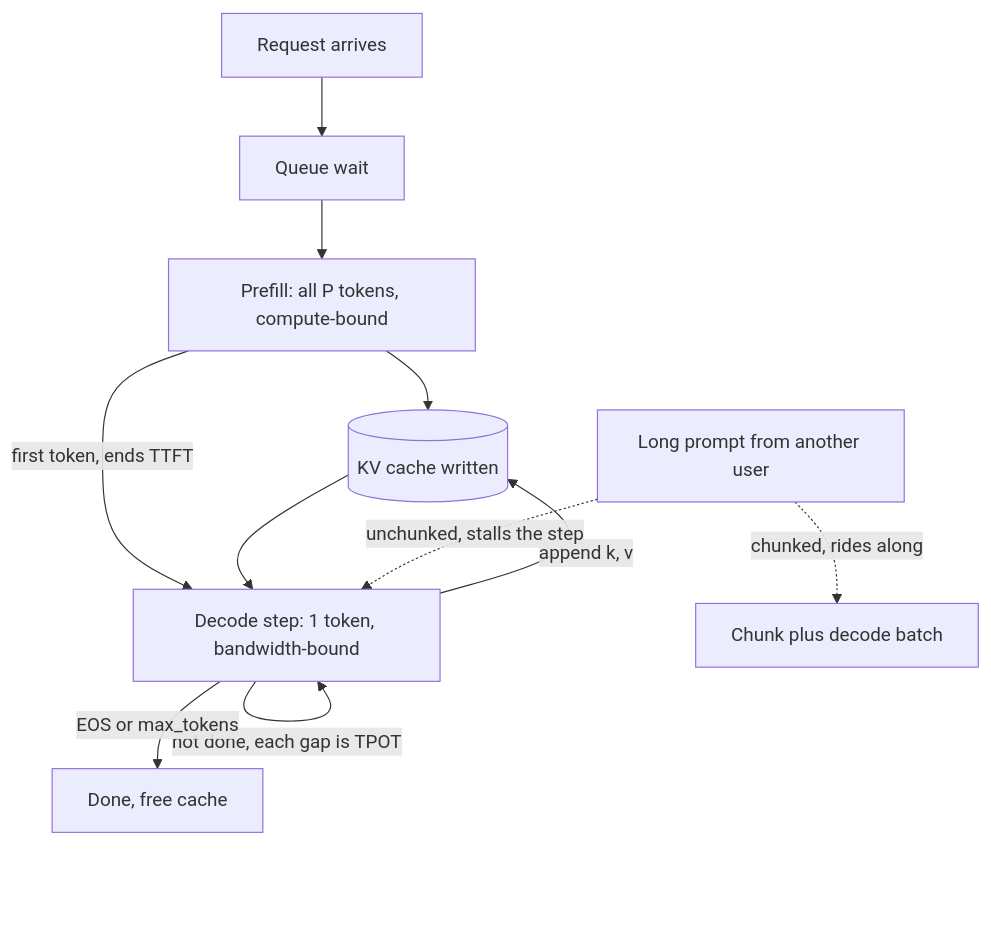
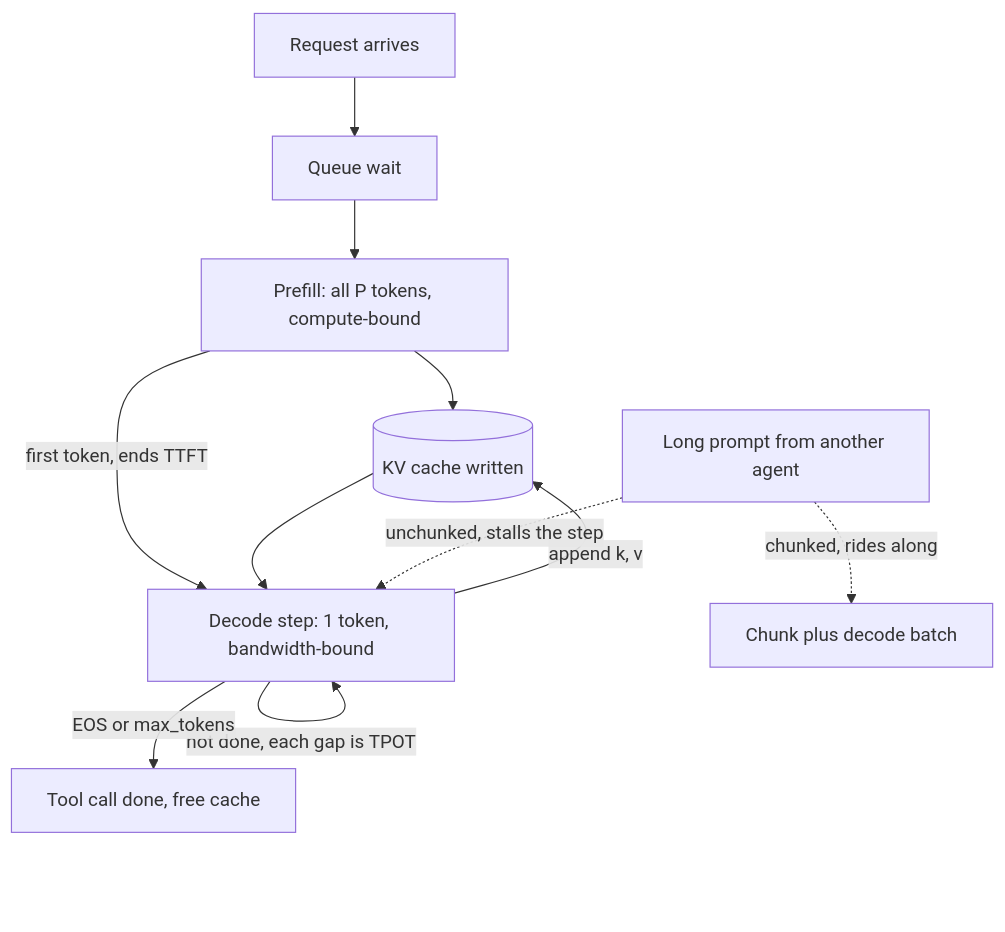
Before and after one commit to lovishmahajan97/agentic-learning: the diagram in content/serving-inference/prefill-vs-decode.md, drawn with Mermaid. The commit also changed other lines of this file and 266 other files, not shown here.

````diff
--- a/content/serving-inference/prefill-vs-decode.md
+++ b/content/serving-inference/prefill-vs-decode.md
@@ -103,13 +121,13 @@
 ```mermaid
 flowchart TD
     A["Request arrives"] --> Q["Queue wait"]
     Q --> P["Prefill: all P tokens, compute-bound"]
     P --> KV[("KV cache written")]
     P -->|"first token, ends TTFT"| D["Decode step: 1 token, bandwidth-bound"]
     KV --> D
     D -->|"append k, v"| KV
     D -->|"not done, each gap is TPOT"| D
-    D -->|"EOS or max_tokens"| E["Done, free cache"]
-    L["Long prompt from another user"] -.->|"unchunked, stalls the step"| D
+    D -->|"EOS or max_tokens"| E["Tool call done, free cache"]
+    L["Long prompt from another agent"] -.->|"unchunked, stalls the step"| D
     L -.->|"chunked, rides along"| C["Chunk plus decode batch"]
 ```
````
